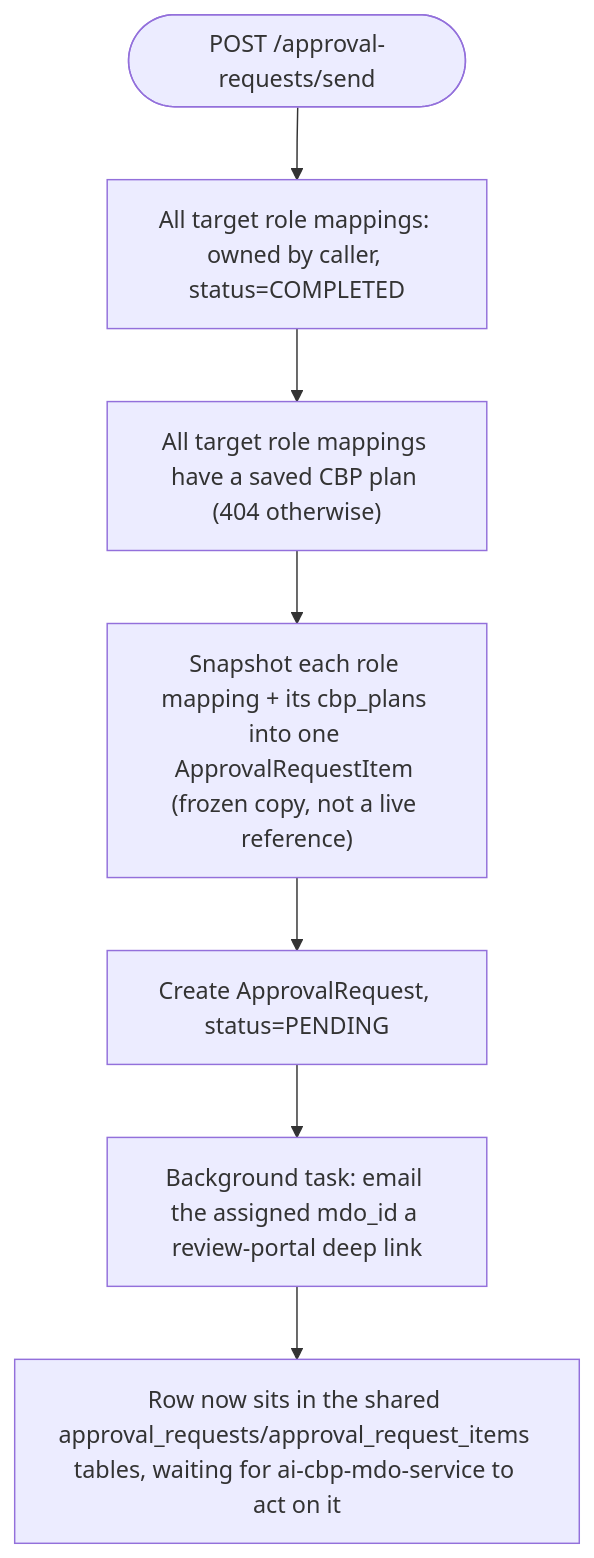
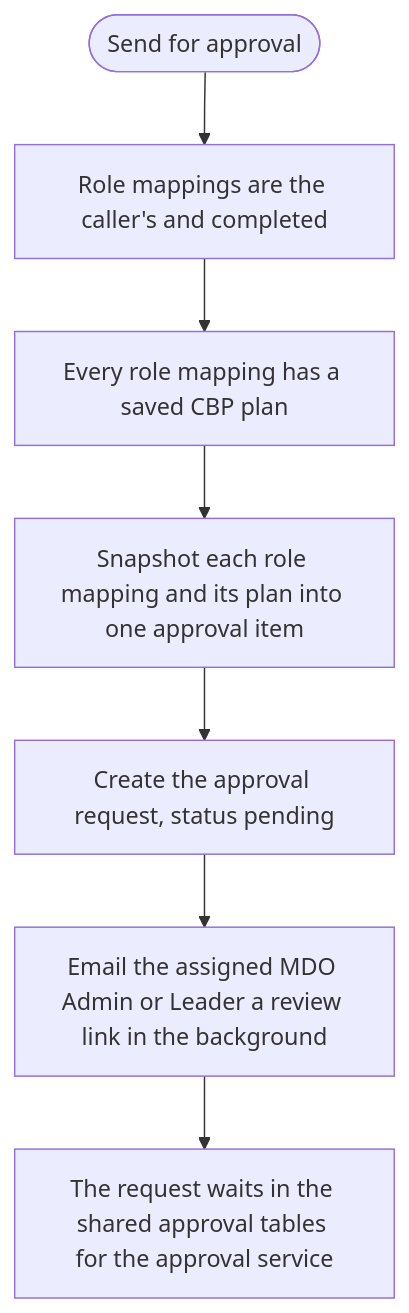
One commit to KB-iGOT/igot-docs changed the sixth of 12 diagrams in docs/learning-hub/ai-cbp-tool/lld.md. Above: the diagram before and after it, drawn with Mermaid. The commit also changed other lines of this file and 18 other files, not shown here.

First line of the commit message:
docs(ai-cbp-tool): restructure the LLD with validation flows and real routes

````diff
--- a/docs/learning-hub/ai-cbp-tool/lld.md
+++ b/docs/learning-hub/ai-cbp-tool/lld.md
@@ -192,9 +583,9 @@
 ```mermaid
 flowchart TD
-    Start(["POST /approval-requests/send"]) --> Gate1["All target role mappings: owned by caller, status=COMPLETED"]
-    Gate1 --> Gate2["All target role mappings have a saved CBP plan (404 otherwise)"]
-    Gate2 --> Snap["Snapshot each role mapping + its cbp_plans into one ApprovalRequestItem (frozen copy, not a live reference)"]
-    Snap --> Create["Create ApprovalRequest, status=PENDING"]
-    Create --> Email["Background task: email the assigned mdo_id a review-portal deep link"]
-    Email --> Wait["Row now sits in the shared approval_requests/approval_request_items tables, waiting for ai-cbp-mdo-service to act on it"]
+    Start(["Send for approval"]) --> Gate1["Role mappings are the caller's and completed"]
+    Gate1 --> Gate2["Every role mapping has a saved CBP plan"]
+    Gate2 --> Snap["Snapshot each role mapping and its plan into one approval item"]
+    Snap --> Create["Create the approval request, status pending"]
+    Create --> Email["Email the assigned MDO Admin or Leader a review link in the background"]
+    Email --> Wait["The request waits in the shared approval tables for the approval service"]
 ```
````
